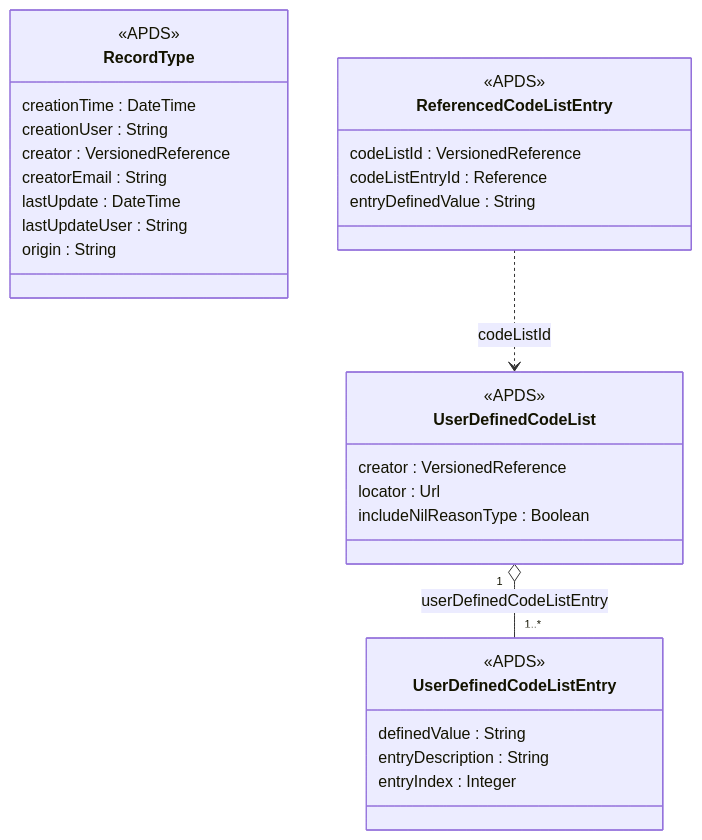
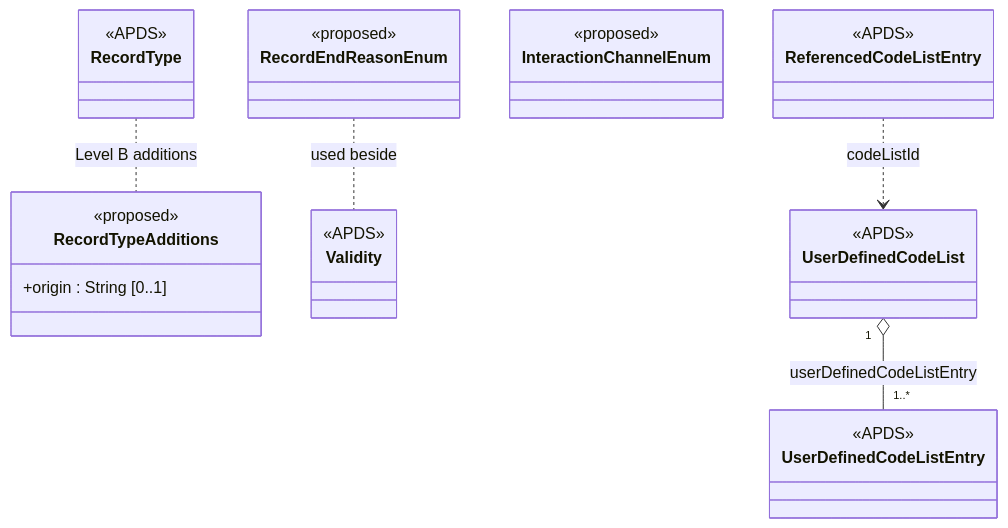
Before and after one commit to rneubauer/apx: the diagram in docs/apds-submission/src/pkcommon.md, drawn with Mermaid. The commit also changed other lines of this file and 29 other files, not shown here.

````diff
--- a/docs/apds-submission/src/pkcommon.md
+++ b/docs/apds-submission/src/pkcommon.md
@@ -48,33 +63,32 @@
 ```mermaid
 classDiagram
     class RecordType {
         <<APDS>>
-        creationTime : DateTime
-        creationUser : String
-        creator : VersionedReference
-        creatorEmail : String
-        lastUpdate : DateTime
-        lastUpdateUser : String
-        origin : String
+    }
+    class RecordTypeAdditions {
+        <<proposed>>
+        +origin : String [0..1]
+    }
+    class Validity {
+        <<APDS>>
     }
     class UserDefinedCodeList {
         <<APDS>>
-        creator : VersionedReference
-        locator : Url
-        includeNilReasonType : Boolean
     }
     class UserDefinedCodeListEntry {
         <<APDS>>
-        definedValue : String
-        entryDescription : String
-        entryIndex : Integer
     }
     class ReferencedCodeListEntry {
         <<APDS>>
-        codeListId : VersionedReference
-        codeListEntryId : Reference
-        entryDefinedValue : String
     }
+    class InteractionChannelEnum {
+        <<proposed>>
+    }
+    class RecordEndReasonEnum {
+        <<proposed>>
+    }
+    RecordType .. RecordTypeAdditions : Level B additions
     UserDefinedCodeList "1" o-- "1..*" UserDefinedCodeListEntry : userDefinedCodeListEntry
     ReferencedCodeListEntry ..> UserDefinedCodeList : codeListId
+    RecordEndReasonEnum .. Validity : used beside
 ```
````
